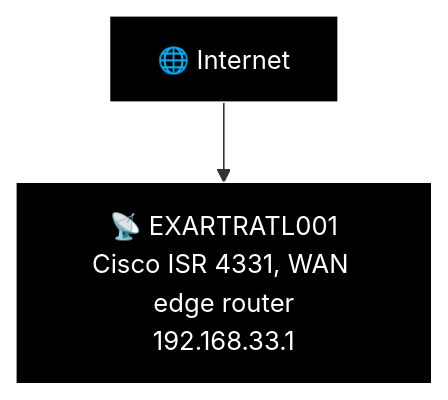
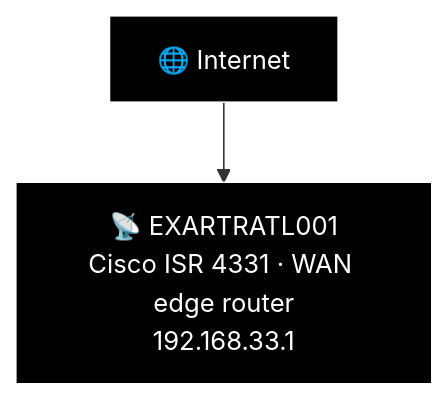
One commit to knightmare2600/example_music_infra changed diagram 12 of 19 in docs/network-diagram/united-states.md. Above: the diagram before and after it, drawn with Mermaid. The commit also changed other lines of this file and 8 other files, not shown here.

````diff
--- a/docs/network-diagram/united-states.md
+++ b/docs/network-diagram/united-states.md
@@ -512,10 +497,12 @@
 ```mermaid
+%% GENERATED:OLDNETWORK:ATL:START
 %%{init: {'flowchart': {'curve': 'stepAfter'}}}%%
 graph TD
     O_INET["🌐 Internet"]
-    O_RTR["📡 EXARTRATL001<br/>Cisco ISR 4331, WAN edge router<br/>192.168.33.1"]
+    O_RTR["📡 EXARTRATL001<br/>Cisco ISR 4331 · WAN edge router<br/>192.168.33.1"]
     O_INET --> O_RTR
 
     style O_INET fill:#000000,stroke:#FFFFFF,color:#FFFFFF
     style O_RTR fill:#000000,stroke:#FFFFFF,color:#FFFFFF
+%% GENERATED:OLDNETWORK:ATL:END
 ```
````
